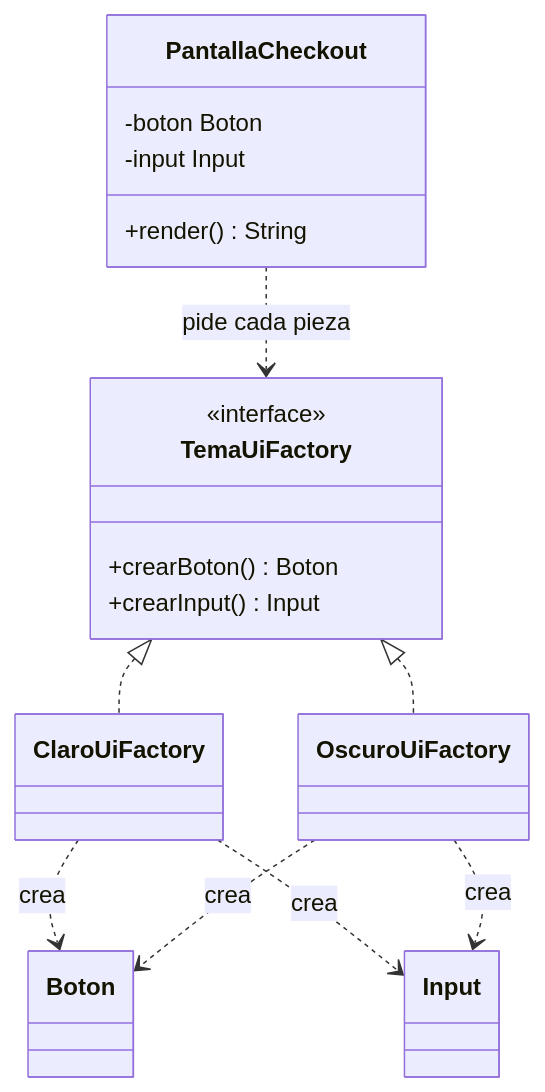
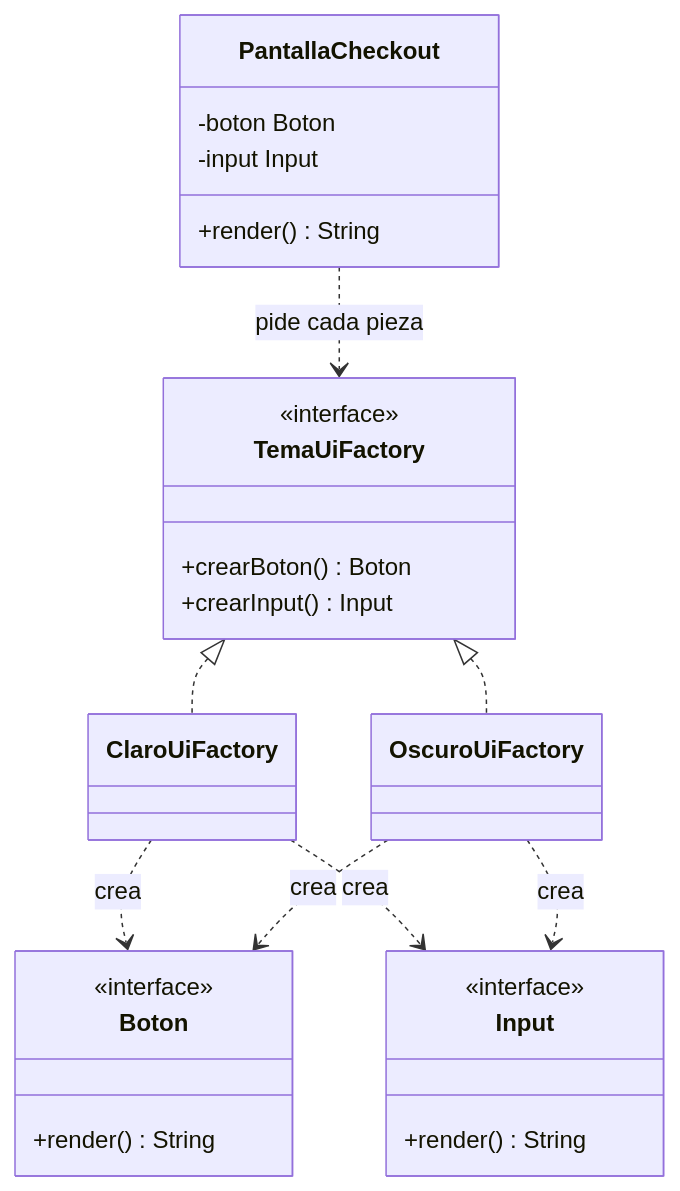
One commit to NICORUIZ93/The_Imperial_Book changed the third of 6 diagrams in web/public/content/java/modulo-12.md. Above: the diagram before and after it, drawn with Mermaid. The commit also changed other lines of this file and 65 other files, not shown here.

````diff
--- a/web/public/content/java/modulo-12.md
+++ b/web/public/content/java/modulo-12.md
@@ -1261,22 +1477,30 @@
 ```mermaid
 classDiagram
     class TemaUiFactory {
       <<interface>>
       +crearBoton() Boton
       +crearInput() Input
+    }
+    class Boton {
+      <<interface>>
+      +render() String
+    }
+    class Input {
+      <<interface>>
+      +render() String
     }
     class ClaroUiFactory
     class OscuroUiFactory
     class PantallaCheckout {
       -boton Boton
       -input Input
       +render() String
     }
     TemaUiFactory <|.. ClaroUiFactory
     TemaUiFactory <|.. OscuroUiFactory
     PantallaCheckout ..> TemaUiFactory : pide cada pieza
     ClaroUiFactory ..> Boton : crea
     ClaroUiFactory ..> Input : crea
     OscuroUiFactory ..> Boton : crea
     OscuroUiFactory ..> Input : crea
 ```
````
